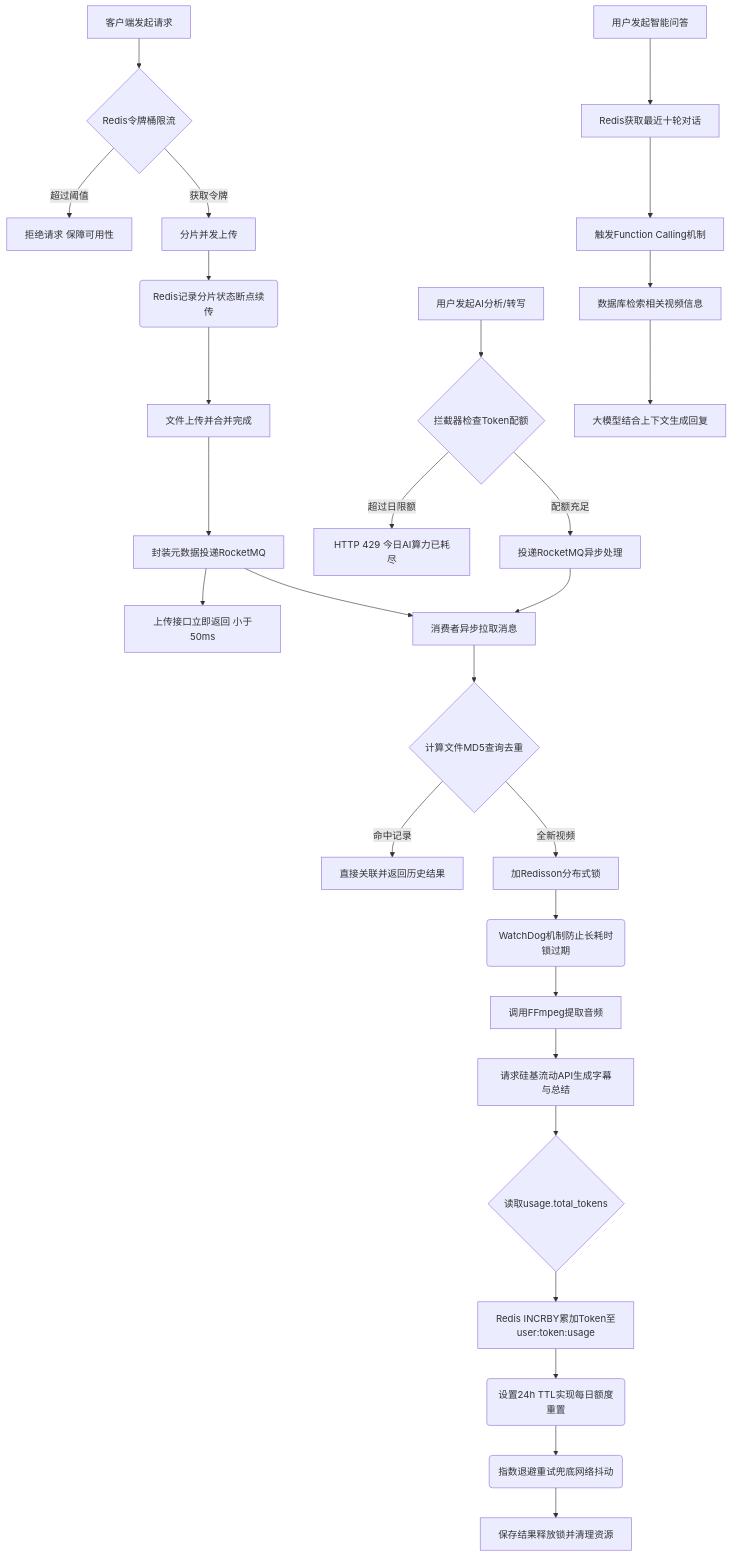
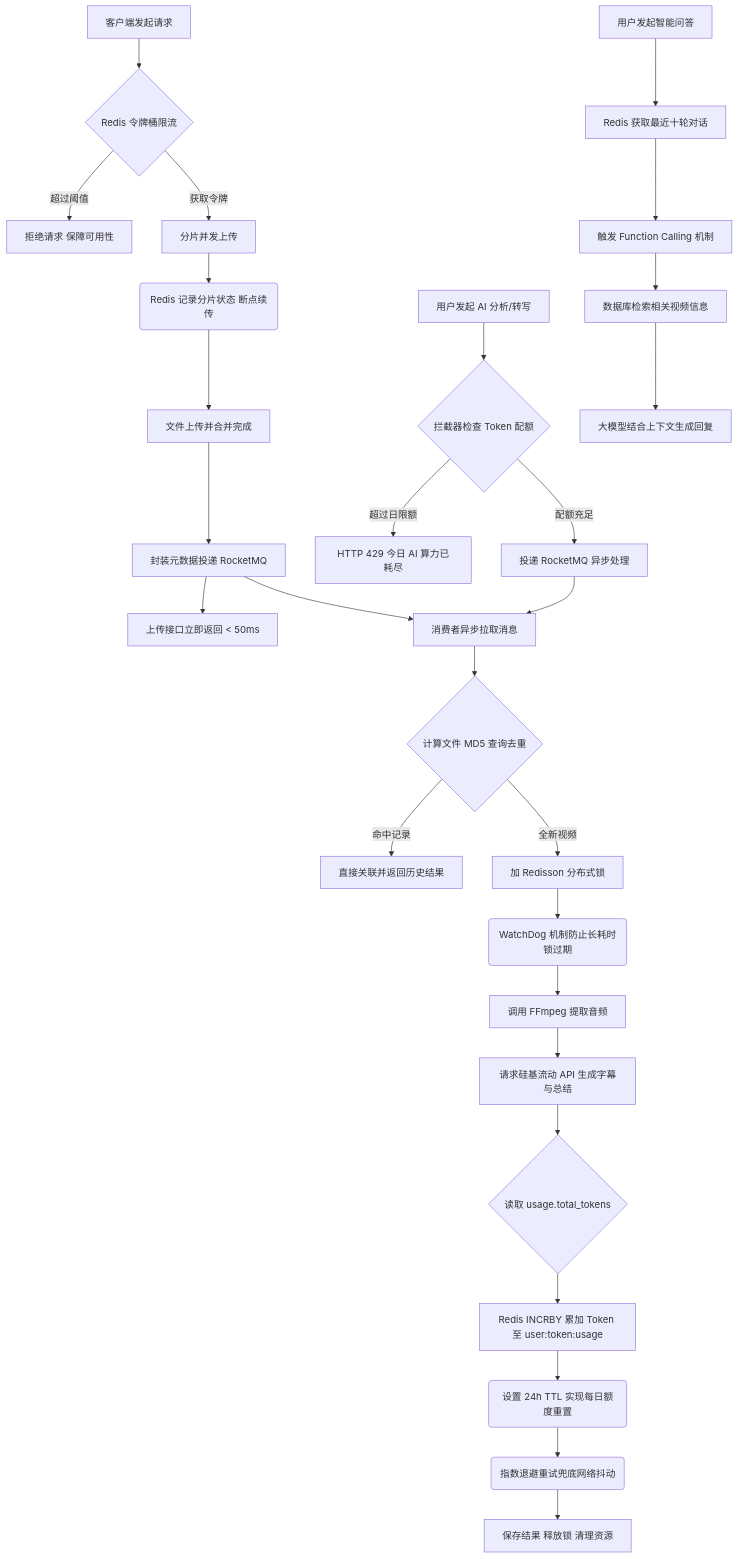
The diagram in README.md (beibei31/SmartVideo-Engine), drawn with Mermaid before and after one commit. The commit also changed other lines of this file, not shown here.

````diff
--- a/README.md
+++ b/README.md
@@ -122,35 +93,35 @@
 ```mermaid
 graph TD
-    A[客户端发起请求] --> B{Redis令牌桶限流}
+    A[客户端发起请求] --> B{Redis 令牌桶限流}
     B -- 超过阈值 --> C[拒绝请求 保障可用性]
     B -- 获取令牌 --> D[分片并发上传]
-    D --> E(Redis记录分片状态断点续传)
+    D --> E(Redis 记录分片状态 断点续传)
     E --> F[文件上传并合并完成]
-    
-    F --> G[封装元数据投递RocketMQ]
-    G --> H[上传接口立即返回 小于50ms]
+
+    F --> G[封装元数据投递 RocketMQ]
+    G --> H[上传接口立即返回 < 50ms]
 
     G --> I[消费者异步拉取消息]
-    I --> J{计算文件MD5查询去重}
+    I --> J{计算文件 MD5 查询去重}
     J -- 命中记录 --> K[直接关联并返回历史结果]
-    J -- 全新视频 --> L[加Redisson分布式锁]
-    
-    L --> M(WatchDog机制防止长耗时锁过期)
-    M --> N[调用FFmpeg提取音频]
-    N --> O[请求硅基流动API生成字幕与总结]
-    O --> P{读取usage.total_tokens}
-    P --> Q[Redis INCRBY累加Token至user:token:usage]
-    Q --> R(设置24h TTL实现每日额度重置)
+    J -- 全新视频 --> L[加 Redisson 分布式锁]
+
+    L --> M(WatchDog 机制防止长耗时锁过期)
+    M --> N[调用 FFmpeg 提取音频]
+    N --> O[请求硅基流动 API 生成字幕与总结]
+    O --> P{读取 usage.total_tokens}
+    P --> Q[Redis INCRBY 累加 Token 至 user:token:usage]
+    Q --> R(设置 24h TTL 实现每日额度重置)
     R --> S(指数退避重试兜底网络抖动)
-    S --> T[保存结果释放锁并清理资源]
+    S --> T[保存结果 释放锁 清理资源]
 
-    U[用户发起AI分析/转写] --> V{拦截器检查Token配额}
-    V -- 超过日限额 --> W[HTTP 429 今日AI算力已耗尽]
-    V -- 配额充足 --> X[投递RocketMQ异步处理]
+    U[用户发起 AI 分析/转写] --> V{拦截器检查 Token 配额}
+    V -- 超过日限额 --> W[HTTP 429 今日 AI 算力已耗尽]
+    V -- 配额充足 --> X[投递 RocketMQ 异步处理]
     X --> I
 
-    Y[用户发起智能问答] --> Z[Redis获取最近十轮对话]
-    Z --> AA[触发Function Calling机制]
+    Y[用户发起智能问答] --> Z[Redis 获取最近十轮对话]
+    Z --> AA[触发 Function Calling 机制]
     AA --> AB[数据库检索相关视频信息]
     AB --> AC[大模型结合上下文生成回复]
 ```
````
